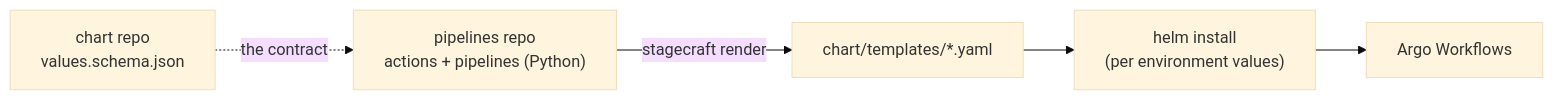
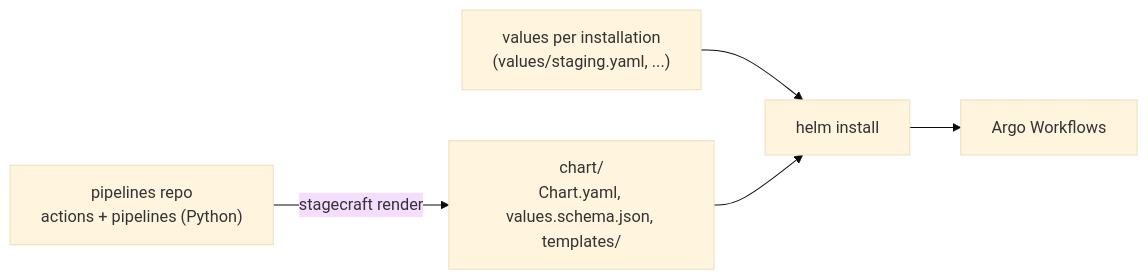
The second of 2 diagrams in docs/01-mental-model.md (elliottmoos/stagecraft), drawn with Mermaid (base theme) before and after one commit. The commit also changed other lines of this file and 43 other files, not shown here.

First line of the commit message:
Generate a self-contained pipelines chart

````diff
--- a/docs/01-mental-model.md
+++ b/docs/01-mental-model.md
@@ -67,7 +67,7 @@
 ```mermaid
 flowchart LR
-  P["pipelines repo<br/>actions + pipelines (Python)"] -- stagecraft render --> T["chart/templates/*.yaml"]
-  S["chart repo<br/>values.schema.json"] -. the contract .-> P
-  T --> H["helm install<br/>(per environment values)"]
+  P["pipelines repo<br/>actions + pipelines (Python)"] -- stagecraft render --> C["chart/<br/>Chart.yaml, values.schema.json, templates/"]
+  V["values per installation<br/>(values/staging.yaml, ...)"] --> H
+  C --> H["helm install"]
   H --> A["Argo Workflows"]
 ```
````
